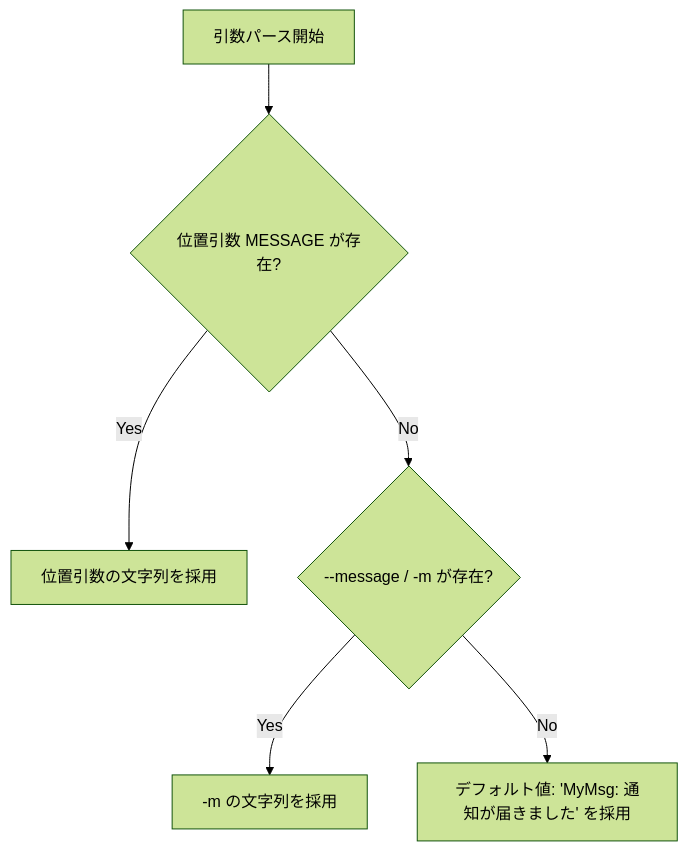
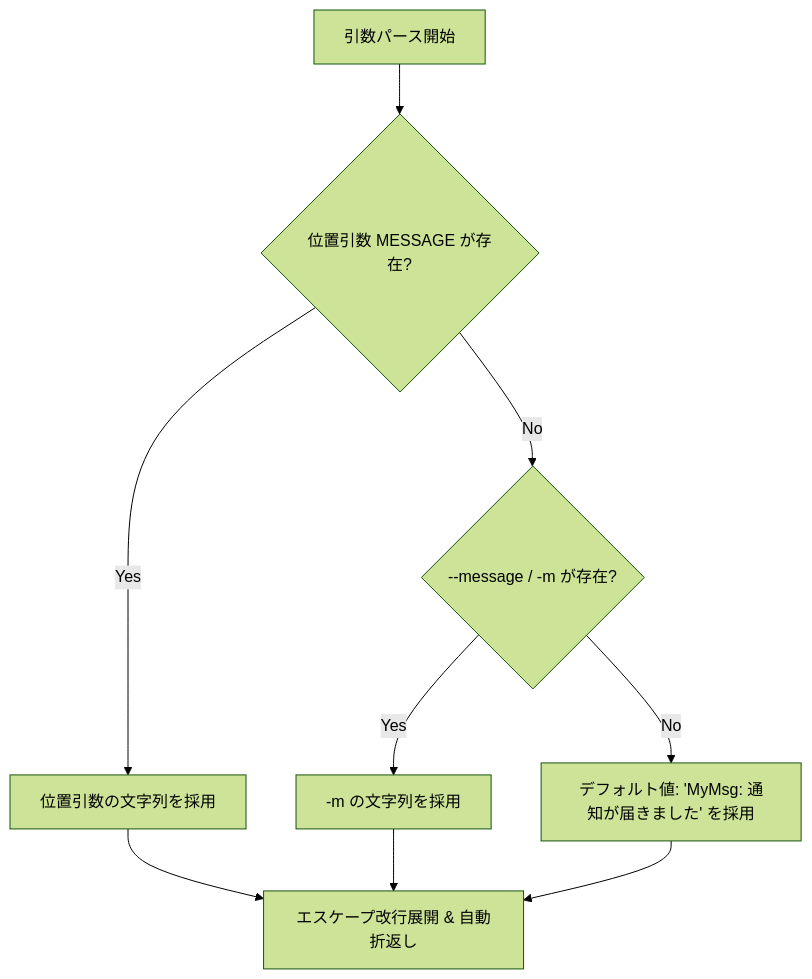
The diagram in docs/ja/SPECIFICATION.md (tkshnkgwr/MyMsg), drawn with Mermaid (forest theme) before and after one commit. The commit also changed other lines of this file and 20 other files, not shown here.

````diff
--- a/docs/ja/SPECIFICATION.md
+++ b/docs/ja/SPECIFICATION.md
@@ -52,8 +60,11 @@
 ```mermaid
 graph TD
     A[引数パース開始] --> B{位置引数 MESSAGE が存在?}
     B -- Yes --> C[位置引数の文字列を採用]
     B -- No --> D{--message / -m が存在?}
     D -- Yes --> E[-m の文字列を採用]
     D -- No --> F[デフォルト値: 'MyMsg: 通知が届きました' を採用]
+    C --> G[エスケープ改行展開 & 自動折返し]
+    E --> G
+    F --> G
 ```
````
